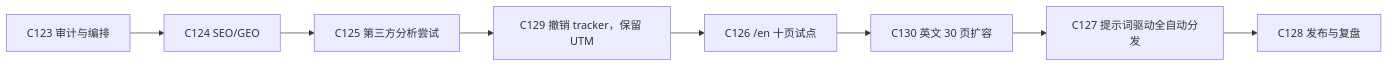
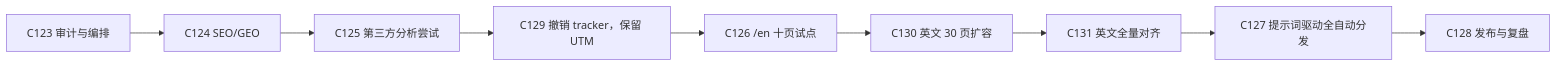
The diagram in docs/marketing/roadmap.md (IllegalCreed/algorithms-visualization), drawn with Mermaid before and after one commit. The commit also changed other lines of this file and 22 other files, not shown here.

````diff
--- a/docs/marketing/roadmap.md
+++ b/docs/marketing/roadmap.md
@@ -35,10 +35,11 @@
 ```mermaid
 flowchart LR
   C123["C123 审计与编排"] --> C124["C124 SEO/GEO"]
   C124 --> C125["C125 第三方分析尝试"]
   C125 --> C129["C129 撤销 tracker，保留 UTM"]
   C129 --> C126["C126 /en 十页试点"]
   C126 --> C130["C130 英文 30 页扩容"]
-  C130 --> C127["C127 提示词驱动全自动分发"]
+  C130 --> C131["C131 英文全量对齐"]
+  C131 --> C127["C127 提示词驱动全自动分发"]
   C127 --> C128["C128 发布与复盘"]
 ```
````
